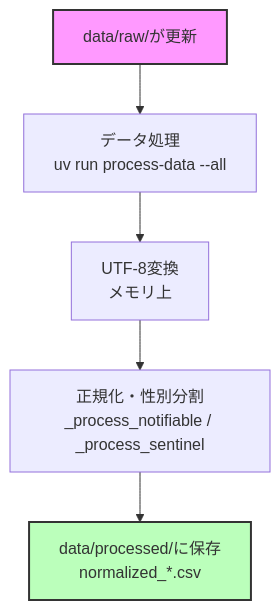
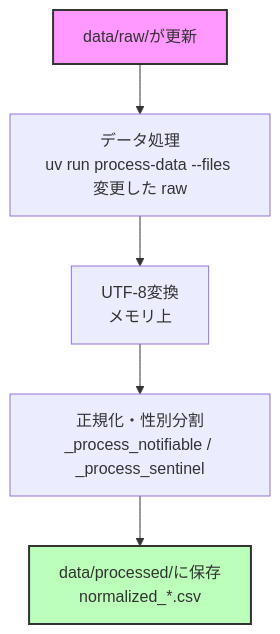
Before and after one commit to kambarakun/fetch-tokyo-idsc-github-actions: the fourth of 4 diagrams in docs/data_structure_design.md, drawn with Mermaid. The commit also changed other lines of this file and 7 other files, not shown here.

````diff
--- a/docs/data_structure_design.md
+++ b/docs/data_structure_design.md
@@ -268,10 +307,10 @@
 ```mermaid
 flowchart TD
-    Update[data/raw/が更新] --> Reprocess[データ処理<br/>uv run process-data --all]
+    Update[data/raw/が更新] --> Reprocess[データ処理<br/>uv run process-data --files 変更した raw]
     Reprocess --> Convert[UTF-8変換<br/>メモリ上]
     Convert --> Norm[正規化・性別分割<br/>_process_notifiable / _process_sentinel]
     Norm --> Save[data/processed/に保存<br/>normalized_*.csv]
 
     style Update fill:#f9f,stroke:#333,stroke-width:2px
     style Save fill:#bfb,stroke:#333,stroke-width:2px
 ```
````
